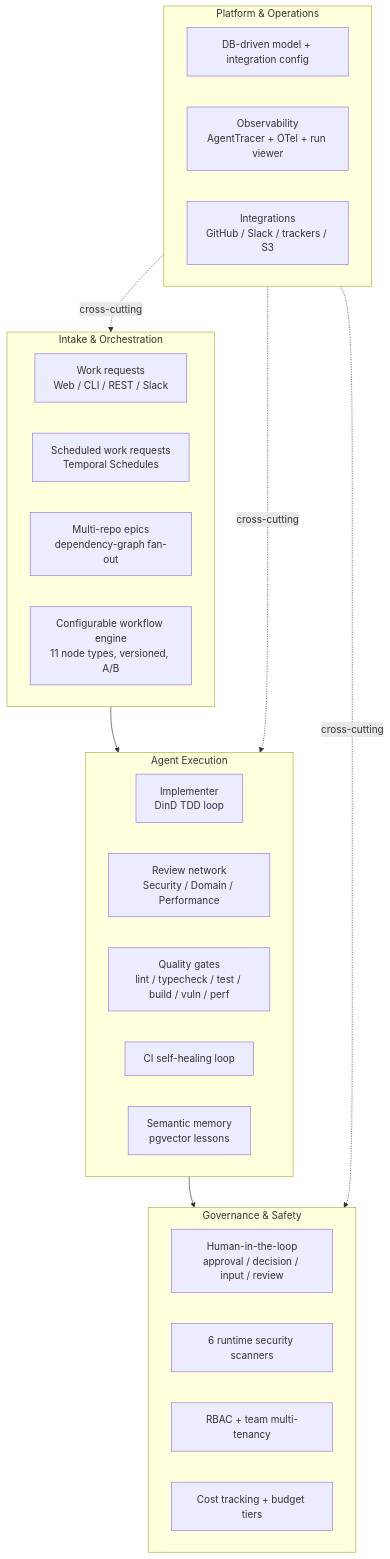
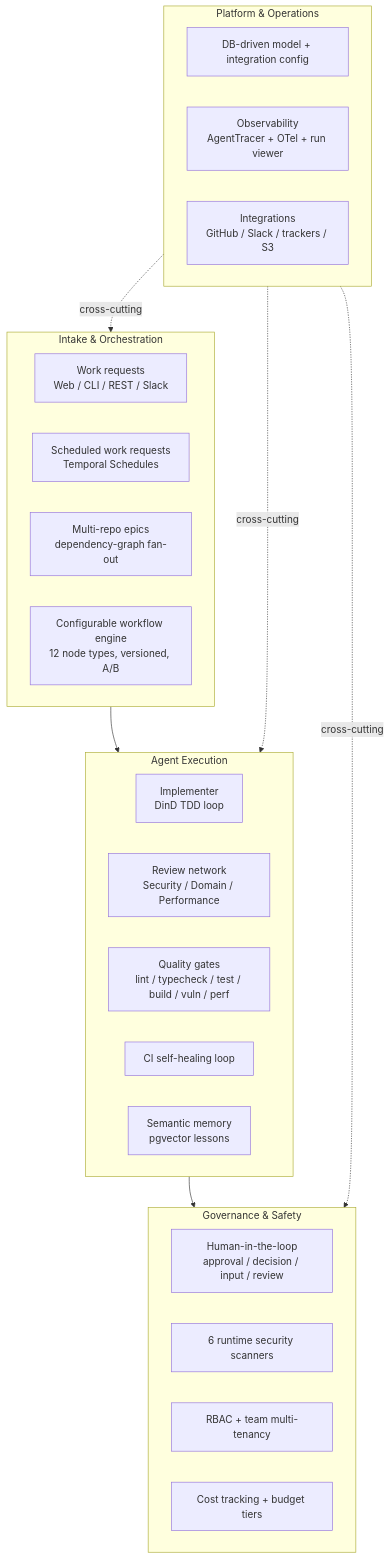
Before and after one commit to yorch/auto-swe: the first of 2 diagrams in docs/product-overview.md, drawn with Mermaid. The commit also changed other lines of this file and 8 other files, not shown here.

````diff
--- a/docs/product-overview.md
+++ b/docs/product-overview.md
@@ -45,35 +45,35 @@
 ```mermaid
 flowchart TB
     subgraph Intake["Intake & Orchestration"]
         WR[Work requests\nWeb / CLI / REST / Slack]
         SCHED[Scheduled work requests\nTemporal Schedules]
         EPIC[Multi-repo epics\ndependency-graph fan-out]
-        WF[Configurable workflow engine\n11 node types, versioned, A/B]
+        WF[Configurable workflow engine\n12 node types, versioned, A/B]
     end
 
     subgraph Agents["Agent Execution"]
         IMPL[Implementer\nDinD TDD loop]
         REVNET[Review network\nSecurity / Domain / Performance]
         GATES[Quality gates\nlint / typecheck / test / build / vuln / perf]
         CIHEAL[CI self-healing loop]
         MEM[Semantic memory\npgvector lessons]
     end
 
     subgraph Governance["Governance & Safety"]
         HITL[Human-in-the-loop\napproval / decision / input / review]
         SCAN[6 runtime security scanners]
         RBAC[RBAC + team multi-tenancy]
         COST[Cost tracking + budget tiers]
     end
 
     subgraph Platform["Platform & Operations"]
         CONFIG[DB-driven model + integration config]
         OBS[Observability\nAgentTracer + OTel + run viewer]
         INTEG[Integrations\nGitHub / Slack / trackers / S3]
     end
 
     Intake --> Agents --> Governance
     Platform -.cross-cutting.-> Intake
     Platform -.cross-cutting.-> Agents
     Platform -.cross-cutting.-> Governance
 ```
````
